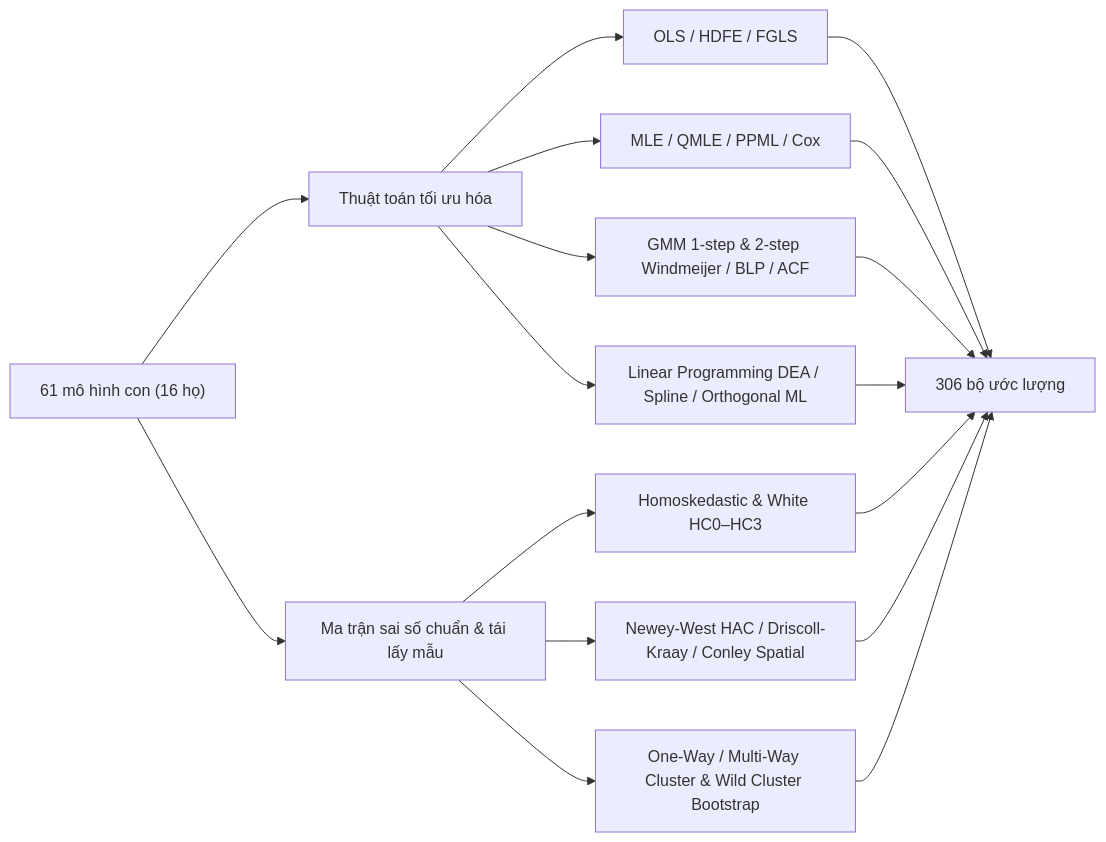
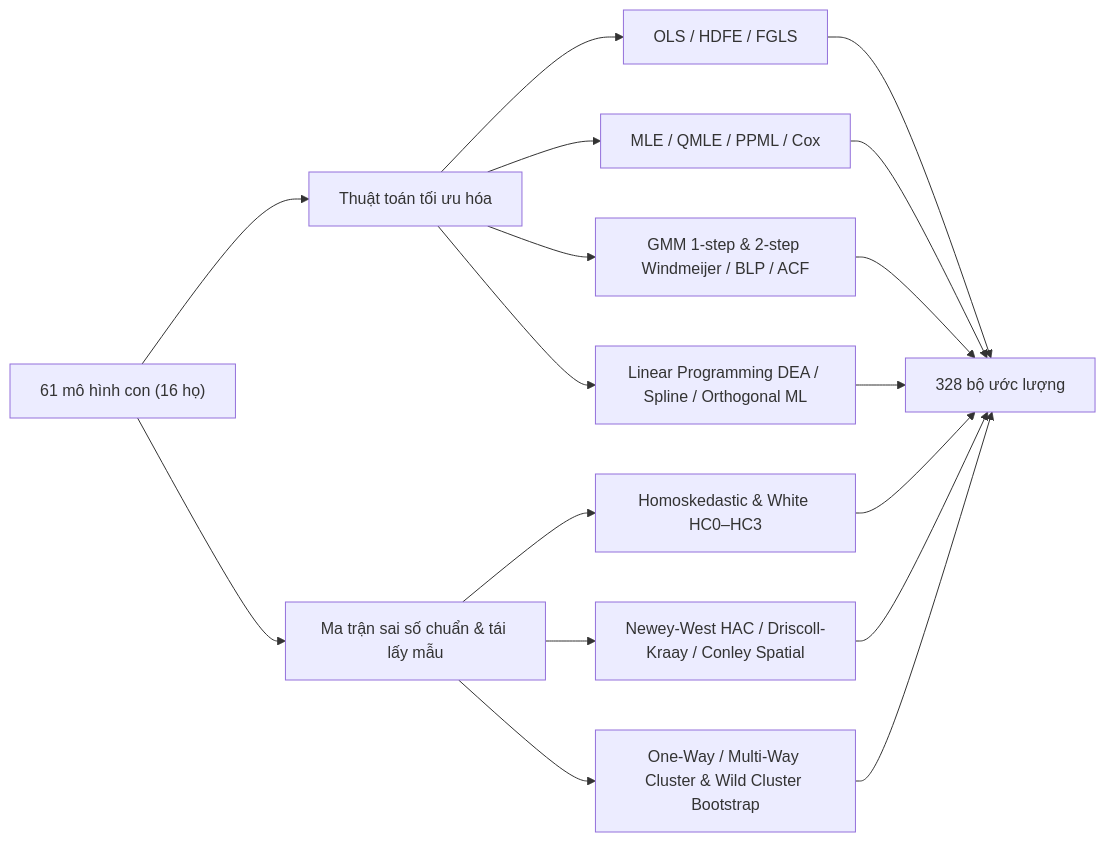
One commit to vietlod/docs changed the second of 2 diagrams in docs/ecolab/model/group.md. Above: the diagram before and after it, drawn with Mermaid. The commit also changed other lines of this file and 40 other files, not shown here.

````diff
--- a/docs/ecolab/model/group.md
+++ b/docs/ecolab/model/group.md
@@ -79,19 +79,19 @@
 ```mermaid
 flowchart LR
     M["61 mô hình con (16 họ)"] --> O["Thuật toán tối ưu hóa"]
     M --> S["Ma trận sai số chuẩn & tái lấy mẫu"]
     O --> O1["OLS / HDFE / FGLS"]
     O --> O2["MLE / QMLE / PPML / Cox"]
     O --> O3["GMM 1-step & 2-step Windmeijer / BLP / ACF"]
     O --> O4["Linear Programming DEA / Spline / Orthogonal ML"]
     S --> S1["Homoskedastic & White HC0–HC3"]
     S --> S2["Newey-West HAC / Driscoll-Kraay / Conley Spatial"]
     S --> S3["One-Way / Multi-Way Cluster & Wild Cluster Bootstrap"]
-    O1 --> R["306 bộ ước lượng"]
+    O1 --> R["328 bộ ước lượng"]
     O2 --> R
     O3 --> R
     O4 --> R
     S1 --> R
     S2 --> R
     S3 --> R
 ```
````
